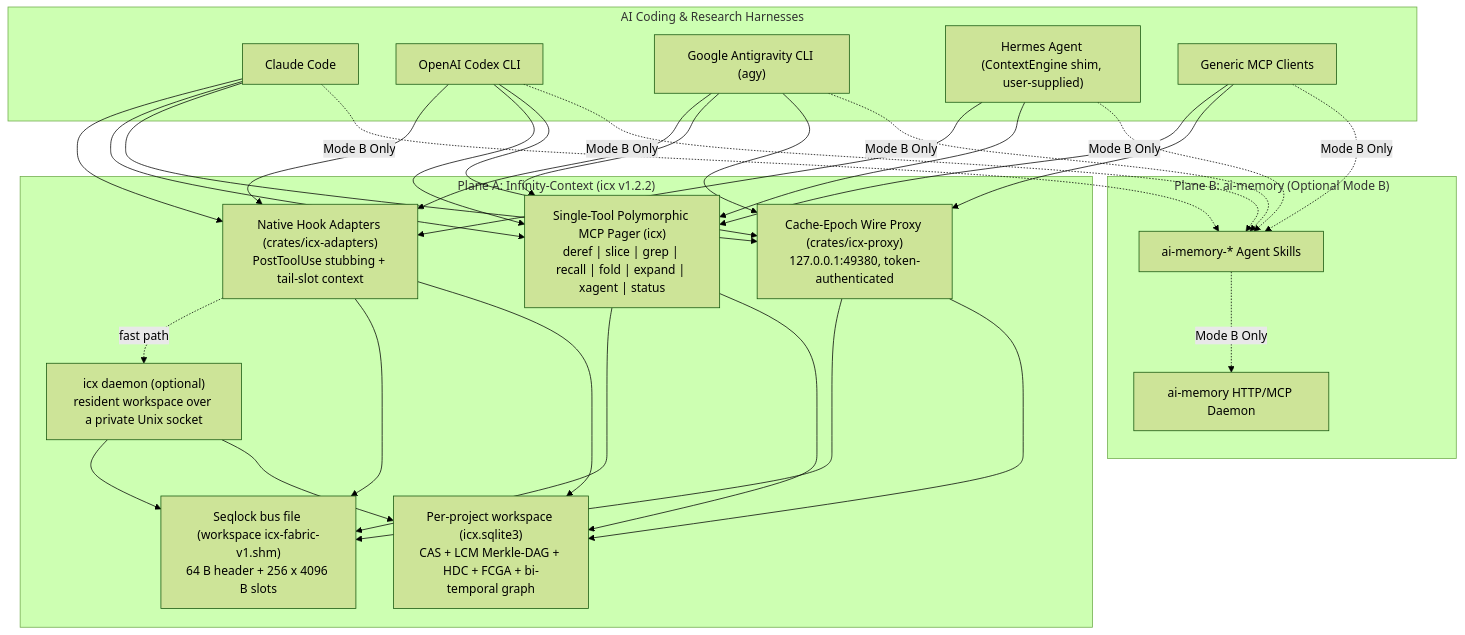
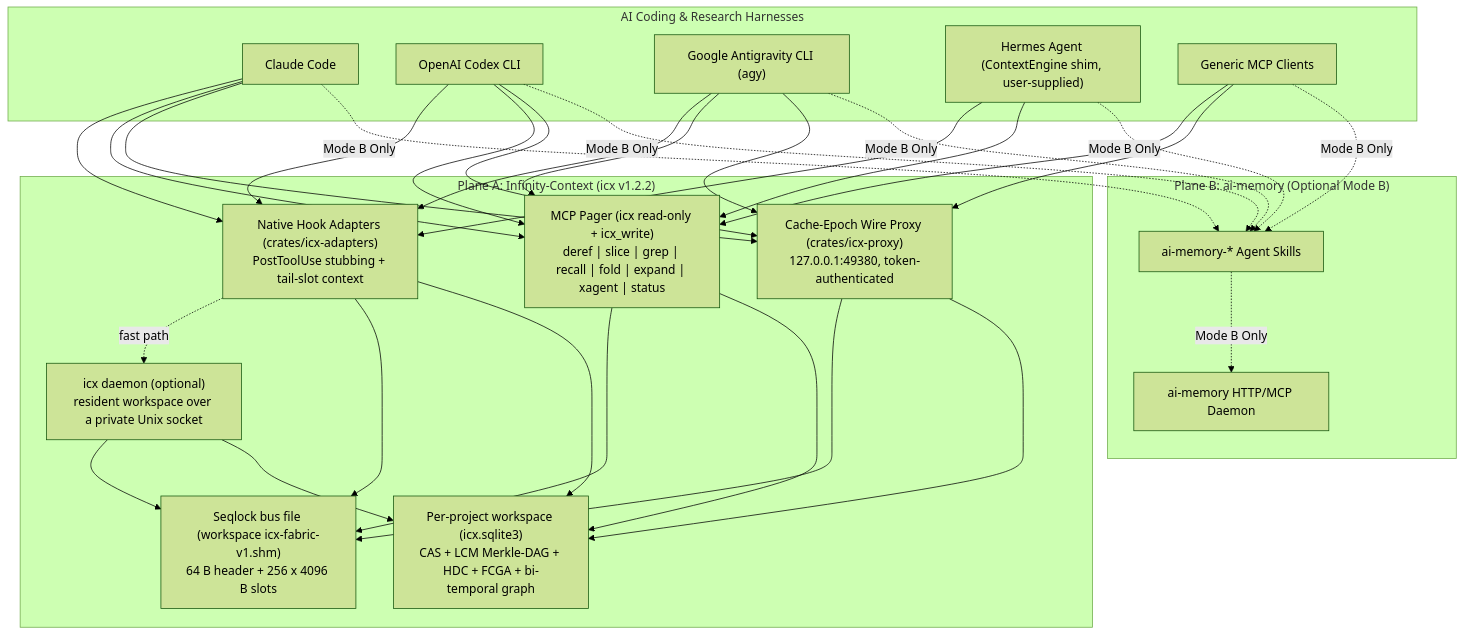
The first of 3 diagrams in docs/deployment-and-agent-integration-guide.md (doublegate/Infinity-Context), drawn with Mermaid (forest theme) before and after one commit. The commit also changed other lines of this file and 35 other files, not shown here.

First line of the commit message:
feat(claude)!: Claude Code depth, read-only icx tool split (Phase 6 Sprint 4) (#88)

````diff
--- a/docs/deployment-and-agent-integration-guide.md
+++ b/docs/deployment-and-agent-integration-guide.md
@@ -50,33 +50,33 @@
 ```mermaid
 flowchart TB
     subgraph Harnesses["AI Coding & Research Harnesses"]
         CC["Claude Code"]
         CX["OpenAI Codex CLI"]
         AGY["Google Antigravity CLI (agy)"]
         HM["Hermes Agent (ContextEngine shim, user-supplied)"]
         GEN["Generic MCP Clients"]
     end
 
     subgraph ICX["Plane A: Infinity-Context (icx v1.2.2)"]
         HOOKS["Native Hook Adapters (crates/icx-adapters)\nPostToolUse stubbing + tail-slot context"]
         DAEMON["icx daemon (optional)\nresident workspace over a private Unix socket"]
-        MCP_ICX["Single-Tool Polymorphic MCP Pager (icx)\nderef | slice | grep | recall | fold | expand | xagent | status"]
+        MCP_ICX["MCP Pager (icx read-only + icx_write)\nderef | slice | grep | recall | fold | expand | xagent | status"]
         PROXY["Cache-Epoch Wire Proxy (crates/icx-proxy)\n127.0.0.1:49380, token-authenticated"]
         BUS["Seqlock bus file (workspace icx-fabric-v1.shm)\n64 B header + 256 x 4096 B slots"]
         MMU["Per-project workspace (icx.sqlite3)\nCAS + LCM Merkle-DAG + HDC + FCGA + bi-temporal graph"]
     end
 
     subgraph AIM["Plane B: ai-memory (Optional Mode B)"]
         AIM_SKILLS["ai-memory-* Agent Skills"]
         AIM_DAEMON["ai-memory HTTP/MCP Daemon"]
     end
 
     CC & CX & AGY & HM --> HOOKS
     HOOKS -. "fast path" .-> DAEMON
     CC & CX & AGY & HM & GEN --> MCP_ICX
     CC & CX & AGY & GEN --> PROXY
     HOOKS & DAEMON & MCP_ICX & PROXY --> BUS
     HOOKS & DAEMON & MCP_ICX & PROXY --> MMU
     CC & CX & AGY & HM & GEN -. "Mode B Only" .-> AIM_SKILLS
     AIM_SKILLS -. "Mode B Only" .-> AIM_DAEMON
 ```
````
